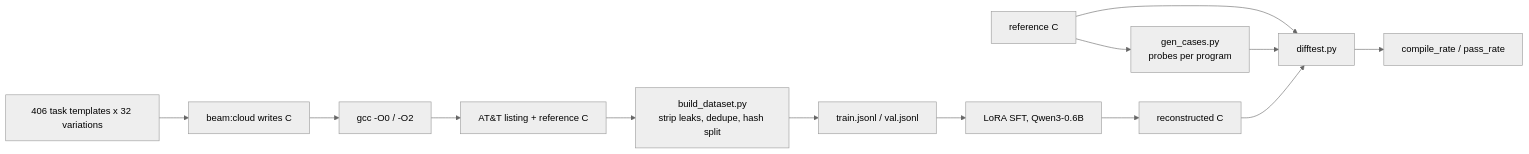
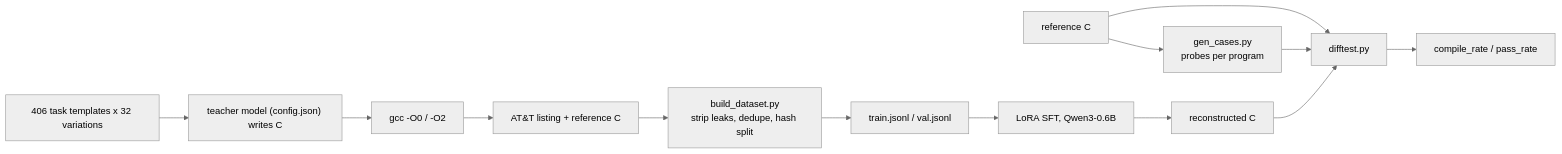
One commit to Zhussup/kind_picture changed the diagram in README.md. Above: the diagram before and after it, drawn with Mermaid (neutral theme). The commit also changed other lines of this file and 3 other files, not shown here.

````diff
--- a/README.md
+++ b/README.md
@@ -56,15 +70,15 @@
 ```mermaid
 flowchart LR
-  T["406 task templates x 32 variations"] --> G["beam:cloud writes C"]
+  T["406 task templates x 32 variations"] --> G["teacher model (config.json) writes C"]
   G --> GCC["gcc -O0 / -O2"]
   GCC --> L["AT&T listing + reference C"]
   L --> B["build_dataset.py<br/>strip leaks, dedupe, hash split"]
   B --> D["train.jsonl / val.jsonl"]
   D --> S["LoRA SFT, Qwen3-0.6B"]
   S --> M["reconstructed C"]
   R["reference C"] --> DT["difftest.py"]
   R --> C["gen_cases.py<br/>probes per program"]
   C --> DT
   M --> DT
   DT --> V["compile_rate / pass_rate"]
 ```
````
